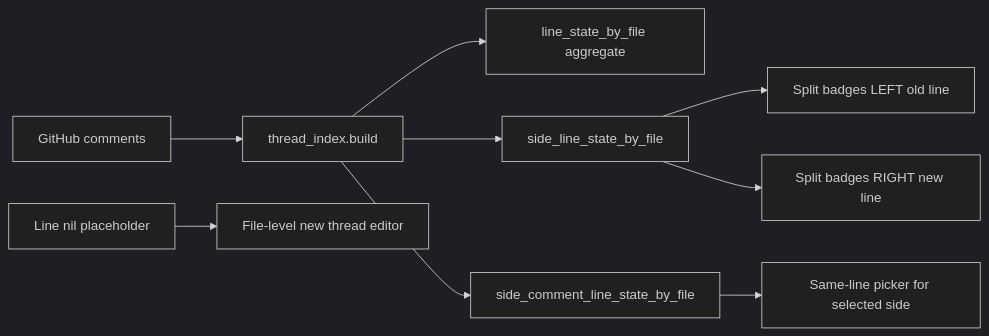
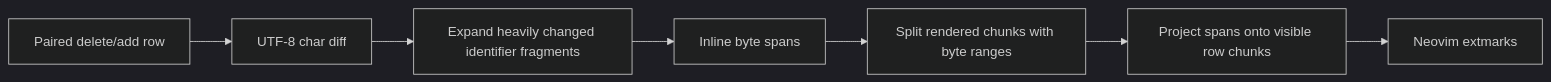
One commit to bajor/nvim-raccoon changed the second of 2 diagrams in ARCHITECTURE_DIFF.md. Above: the diagram before and after it, drawn with Mermaid (dark theme). The commit also changed other lines of this file and 4 other files, not shown here.

First line of the commit message:
fix: align split comment targets and inline spans

````diff
--- a/ARCHITECTURE_DIFF.md
+++ b/ARCHITECTURE_DIFF.md
@@ -37,11 +20,9 @@
 ```mermaid
 flowchart LR
-    A[GitHub comments] --> B[thread_index.build]
-    B --> C[line_state_by_file aggregate]
-    B --> D[side_line_state_by_file]
-    B --> E[side_comment_line_state_by_file]
-    D --> F[Split badges LEFT old line]
-    D --> G[Split badges RIGHT new line]
-    E --> H[Same-line picker for selected side]
-    I[Line nil placeholder] --> J[File-level new thread editor]
+    A[Paired delete/add row] --> B[UTF-8 char diff]
+    B --> C[Expand heavily changed identifier fragments]
+    C --> D[Inline byte spans]
+    D --> E[Split rendered chunks with byte ranges]
+    E --> F[Project spans onto visible row chunks]
+    F --> G[Neovim extmarks]
 ```
````
